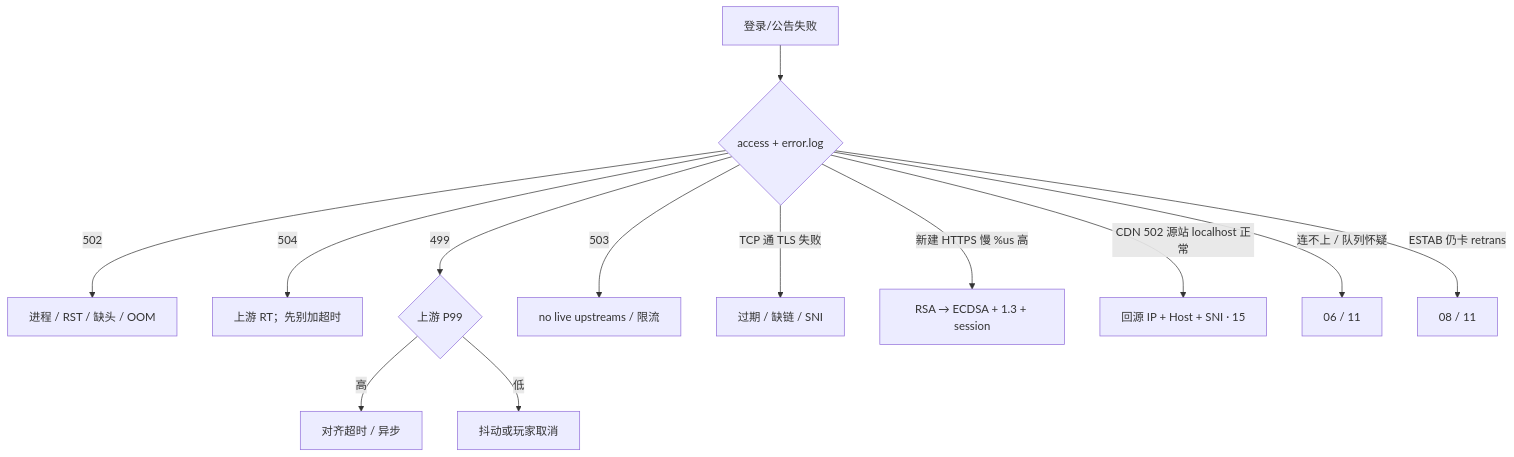
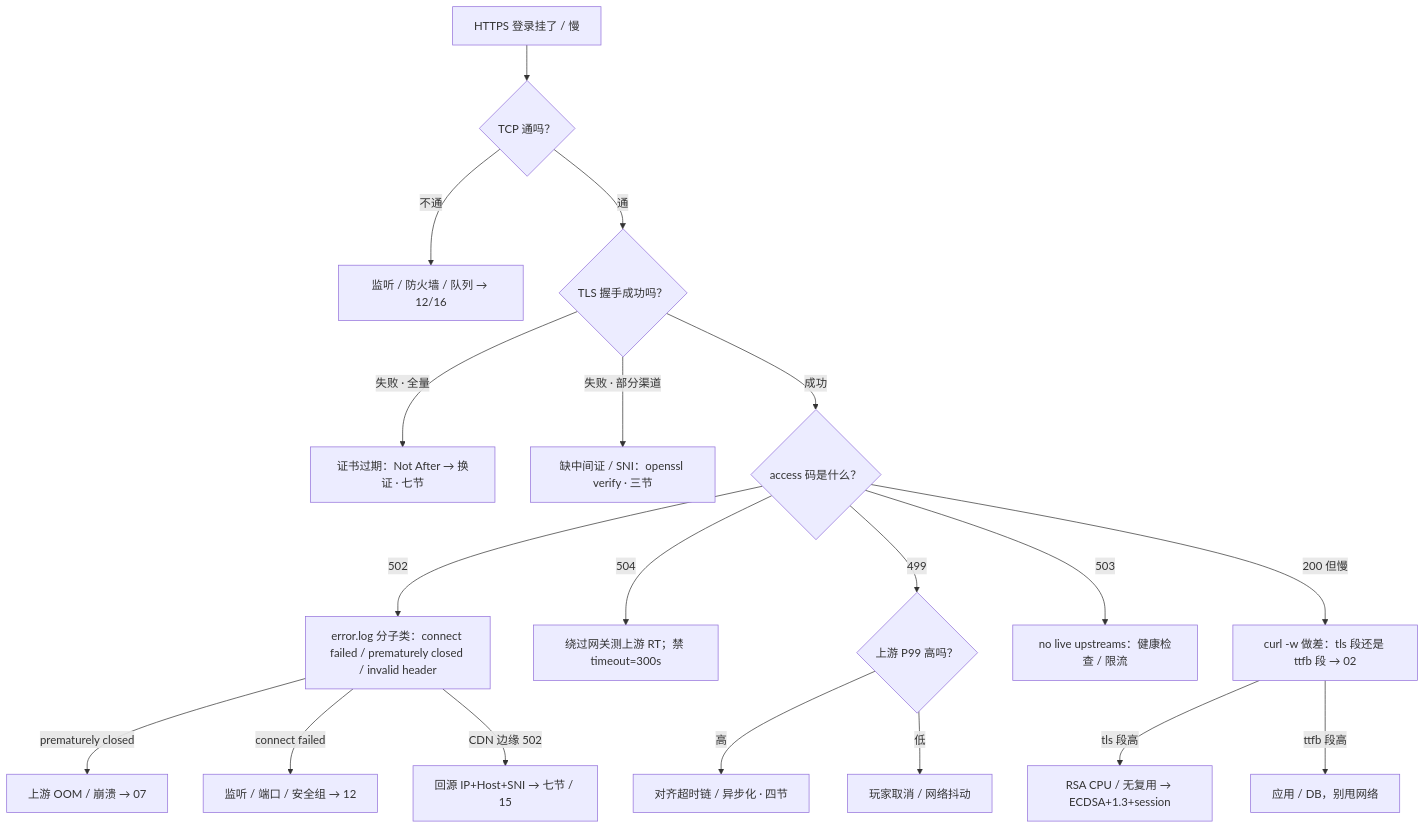
One commit to ml-cuizijun/LearnToLilith changed the eighth of 8 diagrams in 01-基础底座/14-HTTP与TLS/知识点.md. Above: the diagram before and after it, drawn with Mermaid. The commit also changed other lines of this file and 470 other files, not shown here.

````diff
--- a/01-基础底座/14-HTTP与TLS/知识点.md
+++ b/01-基础底座/14-HTTP与TLS/知识点.md
@@ -1098,15 +497,21 @@
 ```mermaid
 flowchart TB
-    A[登录/公告失败] --> B{access + error.log}
-    B -->|502| C[进程 / RST / 缺头 / OOM]
-    B -->|504| D[上游 RT；先别加超时]
-    B -->|499| E{上游 P99}
-    E -->|高| F[对齐超时 / 异步]
-    E -->|低| G[抖动或玩家取消]
-    B -->|503| H[no live upstreams / 限流]
-    B -->|TCP 通 TLS 失败| I[过期 / 缺链 / SNI]
-    B -->|新建 HTTPS 慢 %us 高| J[RSA → ECDSA + 1.3 + session]
-    B -->|CDN 502 源站 localhost 正常| K[回源 IP + Host + SNI · 15]
-    B -->|连不上 / 队列怀疑| L[06 / 11]
-    B -->|ESTAB 仍卡 retrans| M[08 / 11]
+    A["HTTPS 登录挂了 / 慢"] --> B{"TCP 通吗？"}
+    B -->|不通| B1["监听 / 防火墙 / 队列 → 12/16"]
+    B -->|通| C{"TLS 握手成功吗？"}
+    C -->|失败 · 全量| C1["证书过期：Not After → 换证 · 七节"]
+    C -->|失败 · 部分渠道| C2["缺中间证 / SNI：openssl verify · 三节"]
+    C -->|成功| D{"access 码是什么？"}
+    D -->|502| E["error.log 分子类：connect failed / prematurely closed / invalid header"]
+    E -->|prematurely closed| E1["上游 OOM / 崩溃 → 07"]
+    E -->|connect failed| E2["监听 / 端口 / 安全组 → 12"]
+    E -->|CDN 边缘 502| E3["回源 IP+Host+SNI → 七节 / 15"]
+    D -->|504| F["绕过网关测上游 RT；禁 timeout=300s"]
+    D -->|499| G{"上游 P99 高吗？"}
+    G -->|高| H["对齐超时链 / 异步化 · 四节"]
+    G -->|低| I["玩家取消 / 网络抖动"]
+    D -->|503| J["no live upstreams：健康检查 / 限流"]
+    D -->|200 但慢| K["curl -w 做差：tls 段还是 ttfb 段 → 02"]
+    K -->|tls 段高| K1["RSA CPU / 无复用 → ECDSA+1.3+session"]
+    K -->|ttfb 段高| K2["应用 / DB，别甩网络"]
 ```
````
